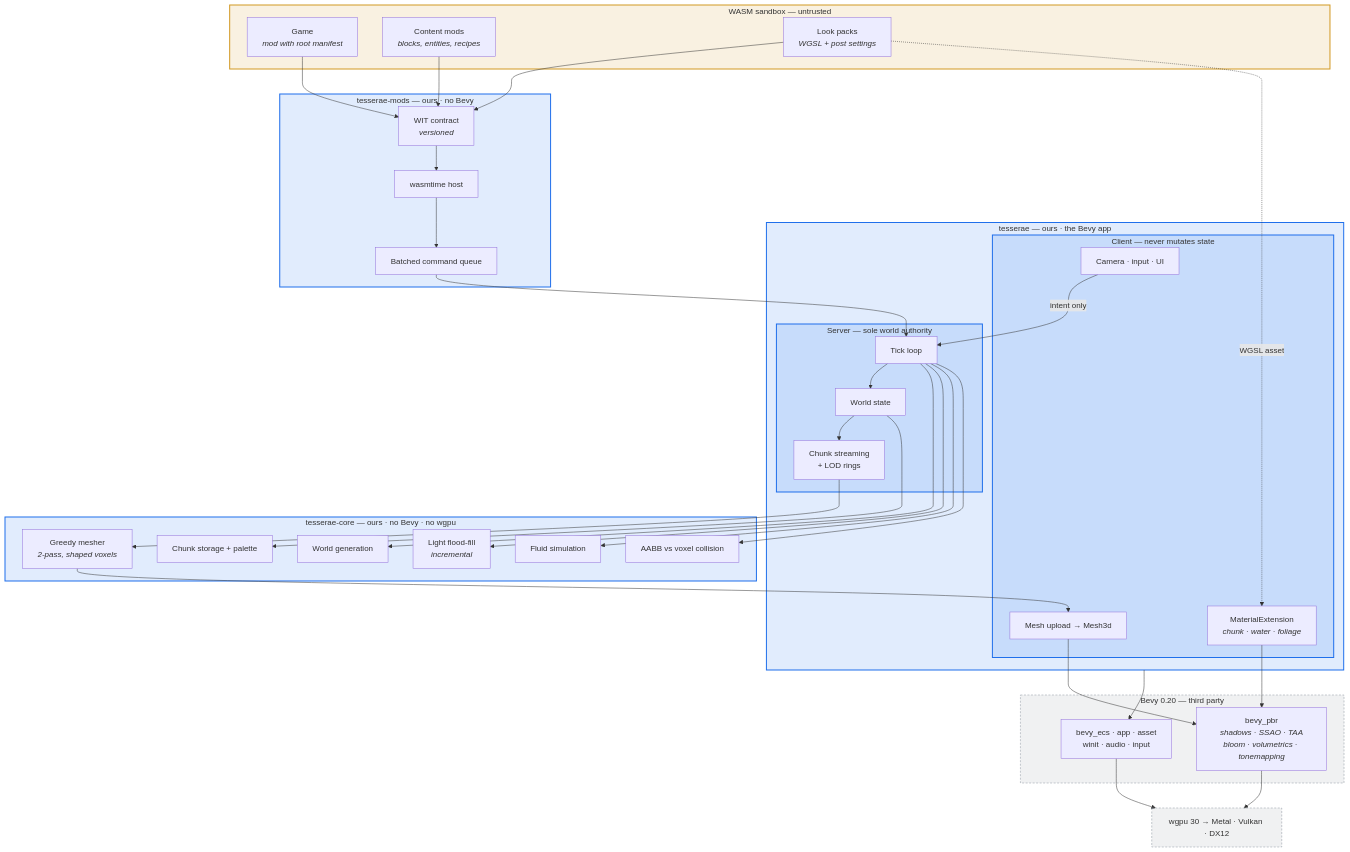
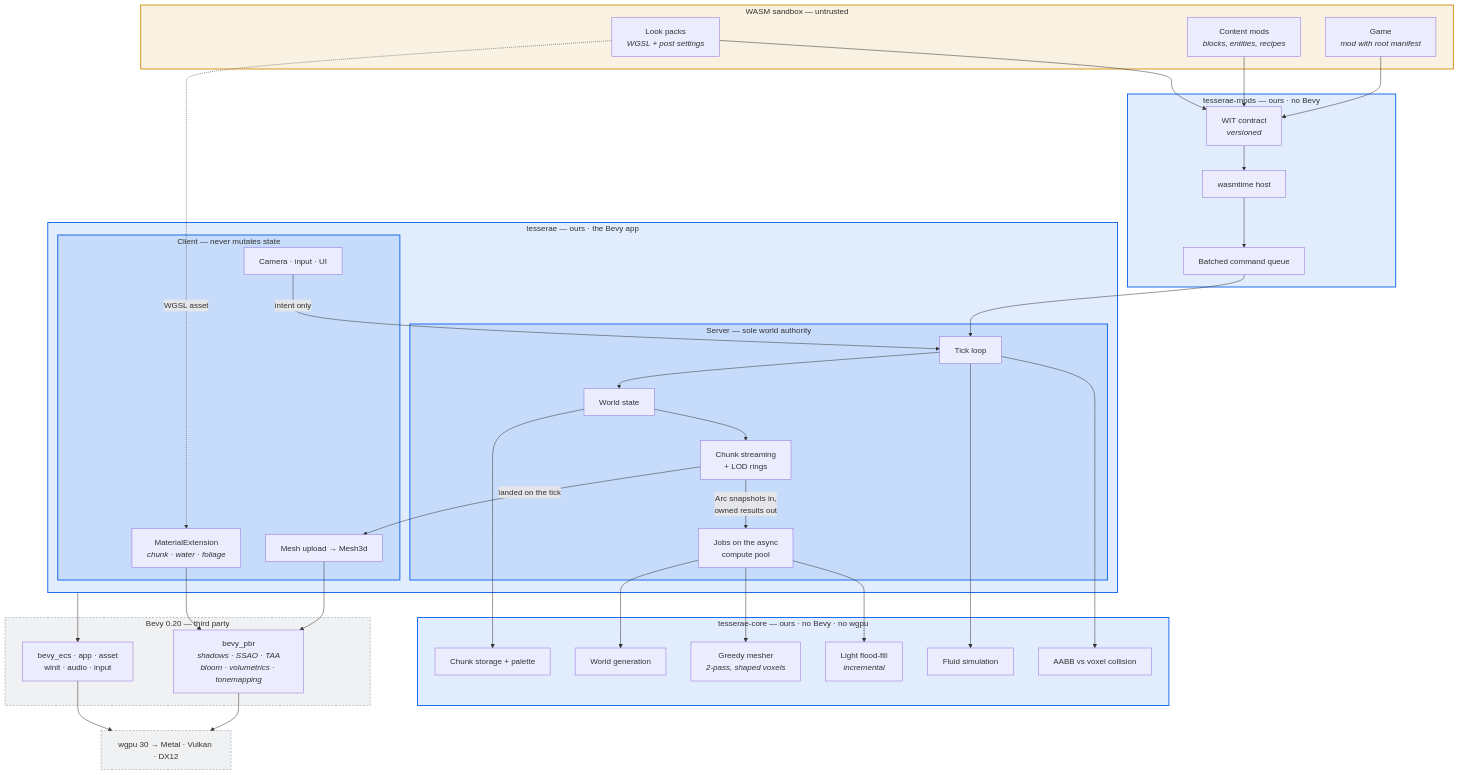
Before and after one commit to mkappworks-dev/tesserae: the diagram in docs/architecture.md, drawn with Mermaid. The commit also changed other lines of this file and 23 other files, not shown here.

````diff
--- a/docs/architecture.md
+++ b/docs/architecture.md
@@ -6,71 +6,74 @@
 ```mermaid
 flowchart TB
     subgraph SANDBOX["WASM sandbox — untrusted"]
         GAME["Game<br/><i>mod with root manifest</i>"]
         MOD["Content mods<br/><i>blocks, entities, recipes</i>"]
         LOOK["Look packs<br/><i>WGSL + post settings</i>"]
     end
 
     subgraph MODS["tesserae-mods — ours · no Bevy"]
         WIT["WIT contract<br/><i>versioned</i>"]
         HOST["wasmtime host"]
         QUEUE["Batched command queue"]
     end
 
     subgraph APP["tesserae — ours · the Bevy app"]
         subgraph SRV["Server — sole world authority"]
             TICK["Tick loop"]
             STATE["World state"]
             STREAM["Chunk streaming<br/>+ LOD rings"]
+            JOBS["Jobs on the async<br/>compute pool"]
         end
         subgraph CLI["Client — never mutates state"]
             INTENT["Camera · input · UI"]
             UPLOAD["Mesh upload → Mesh3d"]
             MATEXT["MaterialExtension<br/><i>chunk · water · foliage</i>"]
         end
     end
 
     subgraph CORE["tesserae-core — ours · no Bevy · no wgpu"]
         STORE["Chunk storage + palette"]
         GEN["World generation"]
         MESHER["Greedy mesher<br/><i>2-pass, shaped voxels</i>"]
         LIGHT["Light flood-fill<br/><i>incremental</i>"]
         FLUID["Fluid simulation"]
         COLL["AABB vs voxel collision"]
     end
 
     subgraph BEVY["Bevy 0.20 — third party"]
         ECS["bevy_ecs · app · asset<br/>winit · audio · input"]
         PBR["bevy_pbr<br/><i>shadows · SSAO · TAA<br/>bloom · volumetrics · tonemapping</i>"]
     end
 
     GPU["wgpu 30 → Metal · Vulkan · DX12"]
 
     GAME --> WIT
     MOD --> WIT
     LOOK --> WIT
     WIT --> HOST --> QUEUE --> TICK
 
     INTENT -- intent only --> TICK
     TICK --> STATE --> STREAM
-    TICK --> GEN
-    TICK --> LIGHT
+    STREAM -- "Arc snapshots in,<br/>owned results out" --> JOBS
+    JOBS --> GEN
+    JOBS --> LIGHT
     TICK --> FLUID
     TICK --> COLL
     STATE --> STORE
-    STREAM --> MESHER --> UPLOAD
+    JOBS --> MESHER
+    STREAM -- "landed on the tick" --> UPLOAD
 
     LOOK -. WGSL asset .-> MATEXT
     UPLOAD --> PBR
     MATEXT --> PBR
     APP --> ECS
     PBR --> GPU
     ECS --> GPU
 
     classDef ours fill:#1f6feb22,stroke:#1f6feb,stroke-width:2px
     classDef third fill:#8b949e22,stroke:#8b949e,stroke-width:1px,stroke-dasharray:4 3
     classDef untrusted fill:#d2992222,stroke:#d29922,stroke-width:2px
     class MODS,APP,CORE,SRV,CLI ours
     class BEVY,GPU third
     class SANDBOX untrusted
 ```
````
